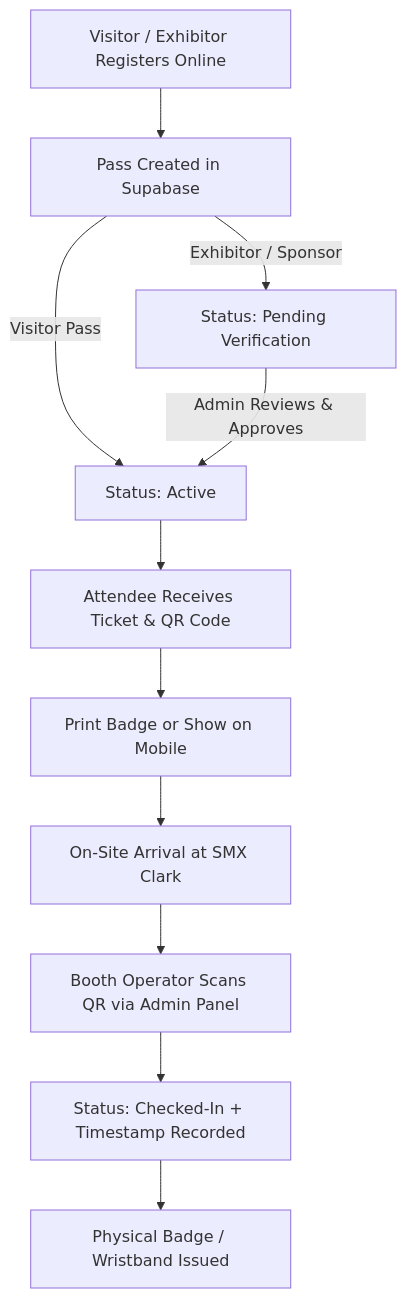
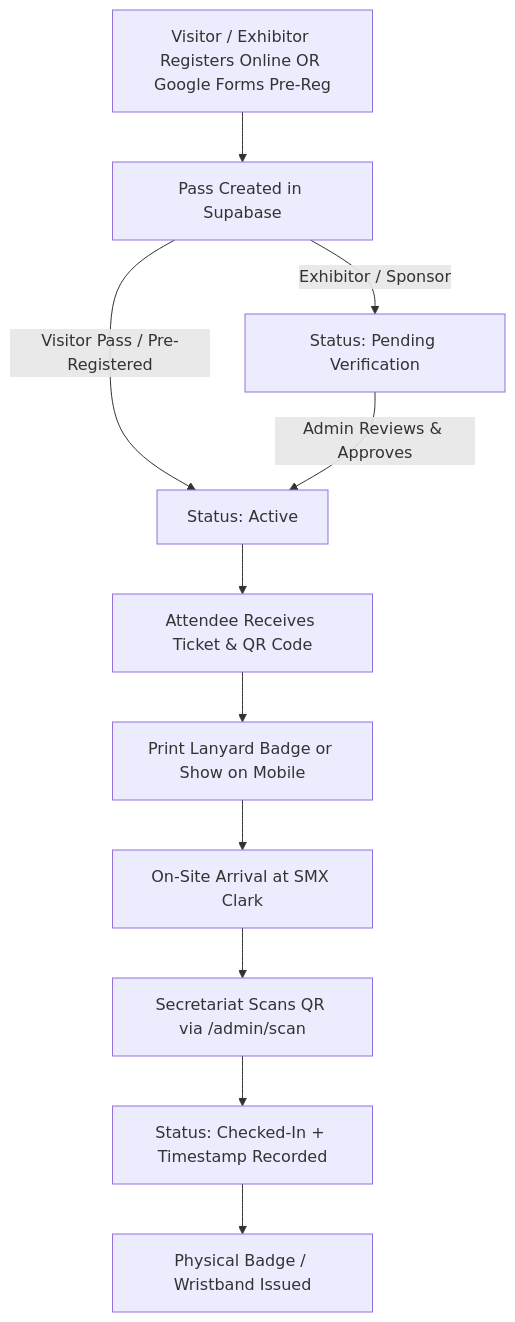
Before and after one commit to vjloable/ticketing-system: the diagram in docs/ROADMAP.md, drawn with Mermaid. The commit also changed other lines of this file and 5 other files, not shown here.

````diff
--- a/docs/ROADMAP.md
+++ b/docs/ROADMAP.md
@@ -24,13 +48,13 @@
 ```mermaid
 graph TD
-    A[Visitor / Exhibitor Registers Online] --> B[Pass Created in Supabase]
-    B -->|Visitor Pass| C[Status: Active]
+    A[Visitor / Exhibitor Registers Online OR Google Forms Pre-Reg] --> B[Pass Created in Supabase]
+    B -->|Visitor Pass / Pre-Registered| C[Status: Active]
     B -->|Exhibitor / Sponsor| D[Status: Pending Verification]
     D -->|Admin Reviews & Approves| C
     C --> E[Attendee Receives Ticket & QR Code]
-    E --> F[Print Badge or Show on Mobile]
+    E --> F[Print Lanyard Badge or Show on Mobile]
     F --> G[On-Site Arrival at SMX Clark]
-    G --> H[Booth Operator Scans QR via Admin Panel]
+    G --> H[Secretariat Scans QR via /admin/scan]
     H --> I[Status: Checked-In + Timestamp Recorded]
     I --> J[Physical Badge / Wristband Issued]
 ```
````
